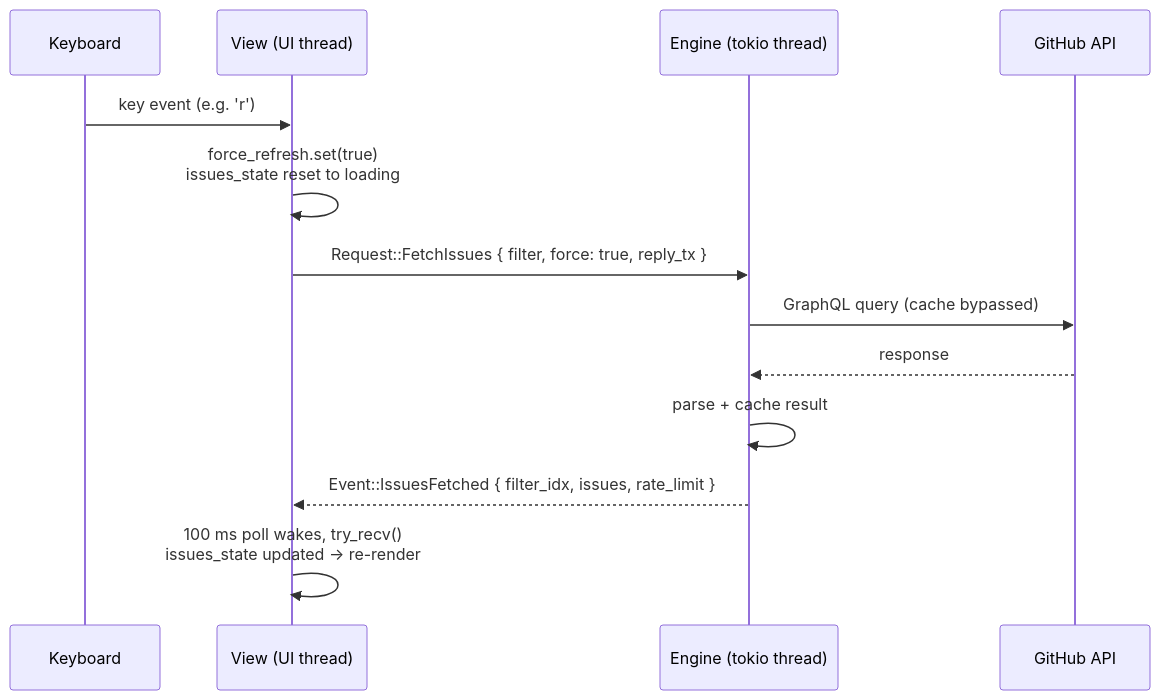
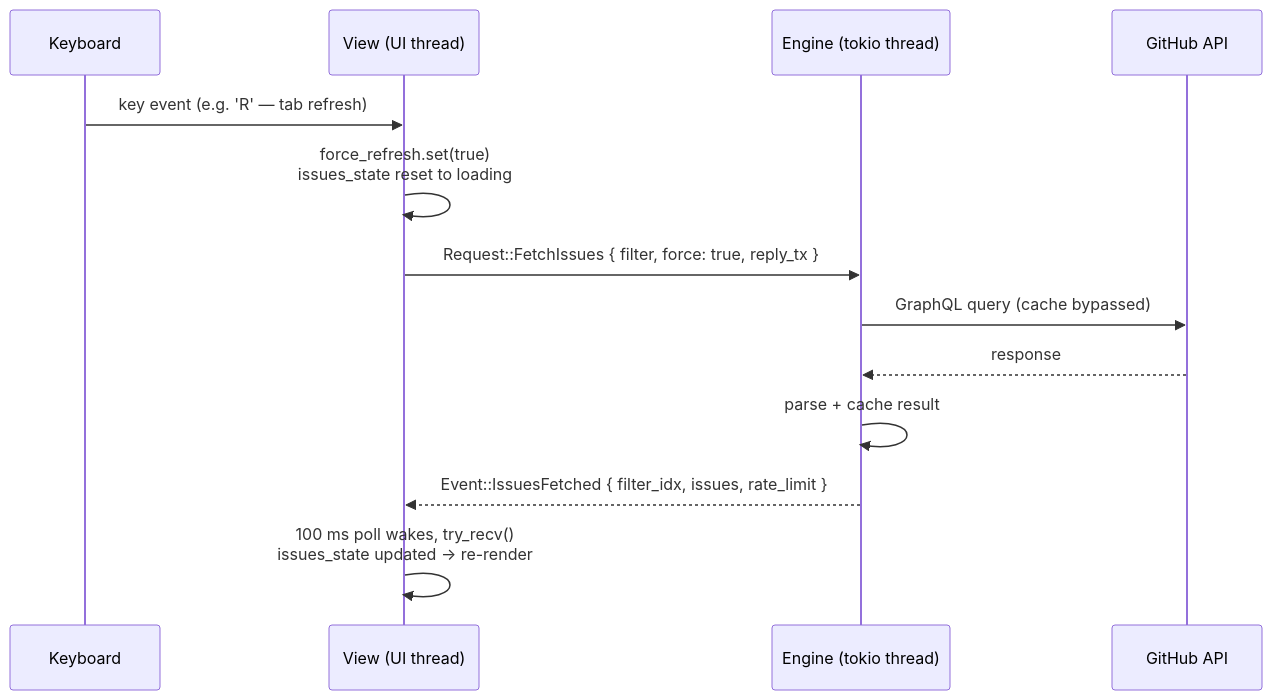
The second of 3 diagrams in ARCHITECTURE.md (graelo/gh-board), drawn with Mermaid before and after one commit. The commit also changed other lines of this file and 1 other file, not shown here.

Commit message:
docs: update keybindings and architecture for three-level refresh

````diff
--- a/ARCHITECTURE.md
+++ b/ARCHITECTURE.md
@@ -48,16 +48,16 @@
 ```mermaid
 sequenceDiagram
     participant K as Keyboard
     participant V as View (UI thread)
     participant E as Engine (tokio thread)
     participant G as GitHub API
 
-    K->>V: key event (e.g. 'r')
+    K->>V: key event (e.g. 'R' — tab refresh)
     V->>V: force_refresh.set(true)<br/>issues_state reset to loading
     V->>E: Request::FetchIssues { filter, force: true, reply_tx }
     E->>G: GraphQL query (cache bypassed)
     G-->>E: response
     E->>E: parse + cache result
     E-->>V: Event::IssuesFetched { filter_idx, issues, rate_limit }
     V->>V: 100 ms poll wakes, try_recv()<br/>issues_state updated → re-render
 ```
````
